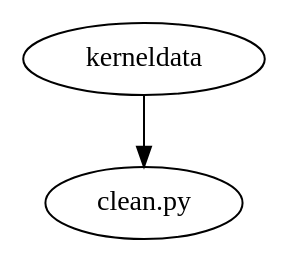
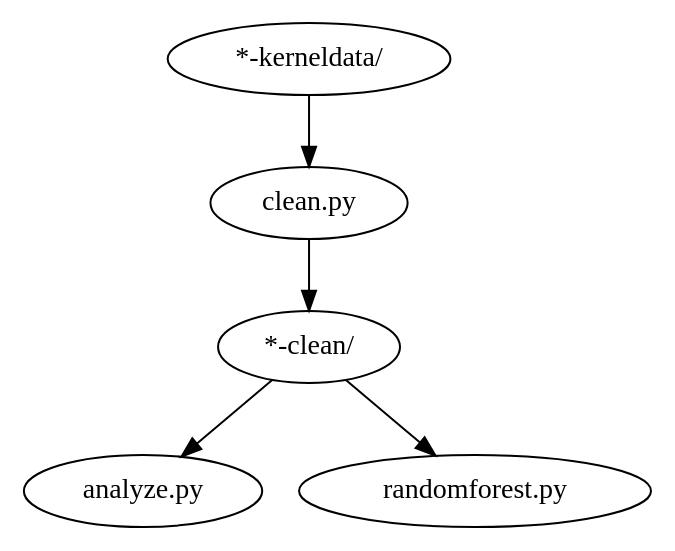
The diagram in BinarySearch/machine-learning/project.gv (russellmatt66/GPU-samples), drawn with Graphviz before and after one commit. The commit also changed 3 other files, not shown here.

Commit message:
updated graphviz source

```diff
--- a/BinarySearch/machine-learning/project.gv
+++ b/BinarySearch/machine-learning/project.gv
@@ -1,3 +1,6 @@
 digraph RandomForest {
-    kerneldata -> "clean.py";
+    "*-kerneldata/" -> "clean.py";
+    "clean.py" -> "*-clean/";
+    "*-clean/" -> "analyze.py";
+    "*-clean/" -> "randomforest.py"
 }
```
